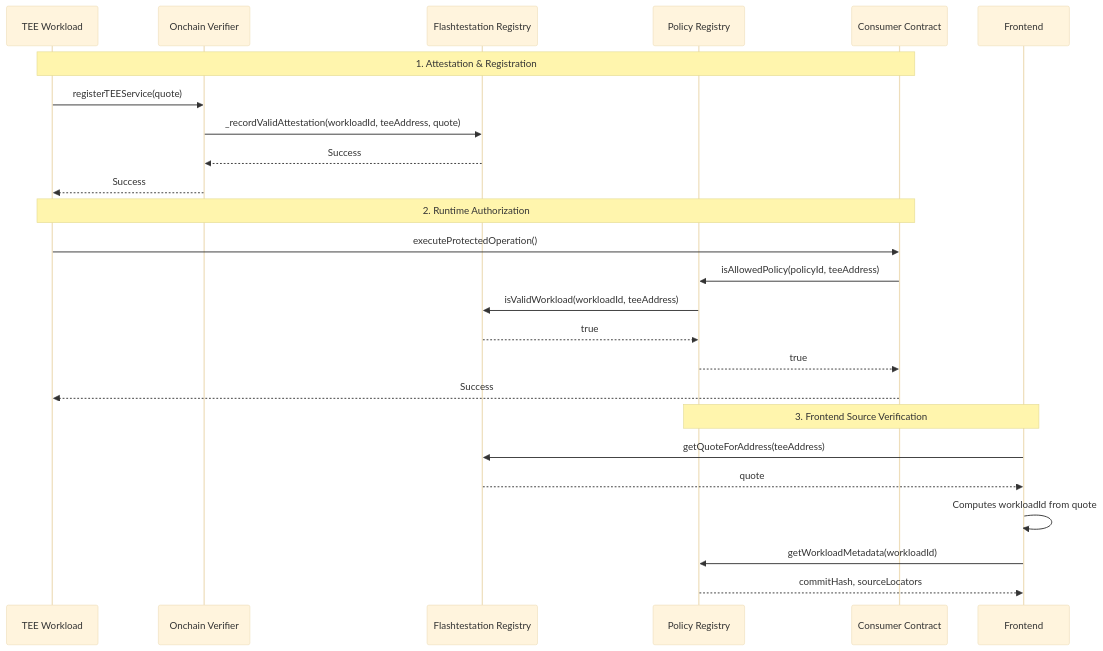
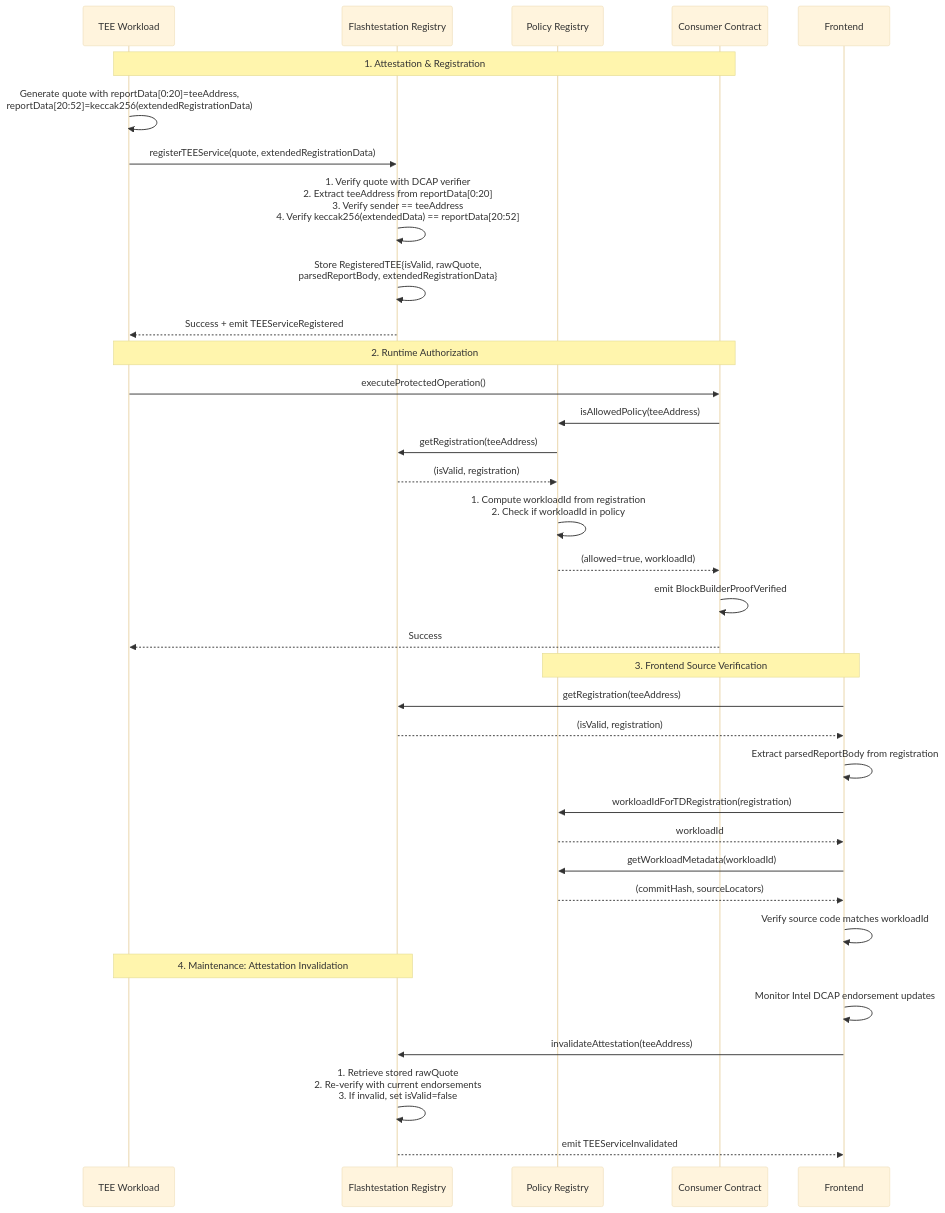
One commit to ethereum-optimism/optimism changed the diagram in specs/flashtestations.md. Above: the diagram before and after it, drawn with Mermaid (base theme). The commit also changed other lines of this file, not shown here.

First line of the commit message:
Moves WorkloadId to policy and adds extended registration data (flashbots/rollup-boost#382)

````diff
--- a/specs/flashtestations.md
+++ b/specs/flashtestations.md
@@ -536,30 +543,41 @@
 ```mermaid
 sequenceDiagram
     participant TEE Workload
-    participant Onchain Verifier
     participant Flashtestation Registry
     participant Policy Registry
     participant Consumer Contract
     participant Frontend
 
     Note over TEE Workload, Consumer Contract: 1. Attestation & Registration
-    TEE Workload->>Onchain Verifier: registerTEEService(quote)
-    Onchain Verifier->>Flashtestation Registry: _recordValidAttestation(workloadId, teeAddress, quote)
-    Flashtestation Registry-->>Onchain Verifier: Success
-    Onchain Verifier-->>TEE Workload: Success
+    TEE Workload->>TEE Workload: Generate quote with reportData[0:20]=teeAddress,<br/>reportData[20:52]=keccak256(extendedRegistrationData)
+    TEE Workload->>Flashtestation Registry: registerTEEService(quote, extendedRegistrationData)
+    Flashtestation Registry->>Flashtestation Registry: 1. Verify quote with DCAP verifier<br/>2. Extract teeAddress from reportData[0:20]<br/>3. Verify sender == teeAddress<br/>4. Verify keccak256(extendedData) == reportData[20:52]
+    Flashtestation Registry->>Flashtestation Registry: Store RegisteredTEE{isValid, rawQuote,<br/>parsedReportBody, extendedRegistrationData}
+    Flashtestation Registry-->>TEE Workload: Success + emit TEEServiceRegistered
 
     Note over TEE Workload, Consumer Contract: 2. Runtime Authorization
     TEE Workload->>Consumer Contract: executeProtectedOperation()
-    Consumer Contract->>Policy Registry: isAllowedPolicy(policyId, teeAddress)
-    Policy Registry->>Flashtestation Registry: isValidWorkload(workloadId, teeAddress)
-    Flashtestation Registry-->>Policy Registry: true
-    Policy Registry-->>Consumer Contract: true
+    Consumer Contract->>Policy Registry: isAllowedPolicy(teeAddress)
+    Policy Registry->>Flashtestation Registry: getRegistration(teeAddress)
+    Flashtestation Registry-->>Policy Registry: (isValid, registration)
+    Policy Registry->>Policy Registry: 1. Compute workloadId from registration<br/>2. Check if workloadId in policy
+    Policy Registry-->>Consumer Contract: (allowed=true, workloadId)
+    Consumer Contract->>Consumer Contract: emit BlockBuilderProofVerified
     Consumer Contract-->>TEE Workload: Success
 
     Note over Frontend, Policy Registry: 3. Frontend Source Verification
-    Frontend->>Flashtestation Registry: getQuoteForAddress(teeAddress)
-    Flashtestation Registry-->>Frontend: quote
-    Frontend->>Frontend: Computes workloadId from quote
+    Frontend->>Flashtestation Registry: getRegistration(teeAddress)
+    Flashtestation Registry-->>Frontend: (isValid, registration)
+    Frontend->>Frontend: Extract parsedReportBody from registration
+    Frontend->>Policy Registry: workloadIdForTDRegistration(registration)
+    Policy Registry-->>Frontend: workloadId
     Frontend->>Policy Registry: getWorkloadMetadata(workloadId)
-    Policy Registry-->>Frontend: commitHash, sourceLocators
+    Policy Registry-->>Frontend: (commitHash, sourceLocators)
+    Frontend->>Frontend: Verify source code matches workloadId
+
+    Note over TEE Workload, Flashtestation Registry: 4. Maintenance: Attestation Invalidation
+    Frontend->>Frontend: Monitor Intel DCAP endorsement updates
+    Frontend->>Flashtestation Registry: invalidateAttestation(teeAddress)
+    Flashtestation Registry->>Flashtestation Registry: 1. Retrieve stored rawQuote<br/>2. Re-verify with current endorsements<br/>3. If invalid, set isValid=false
+    Flashtestation Registry-->>Frontend: emit TEEServiceInvalidated
 ```
````
